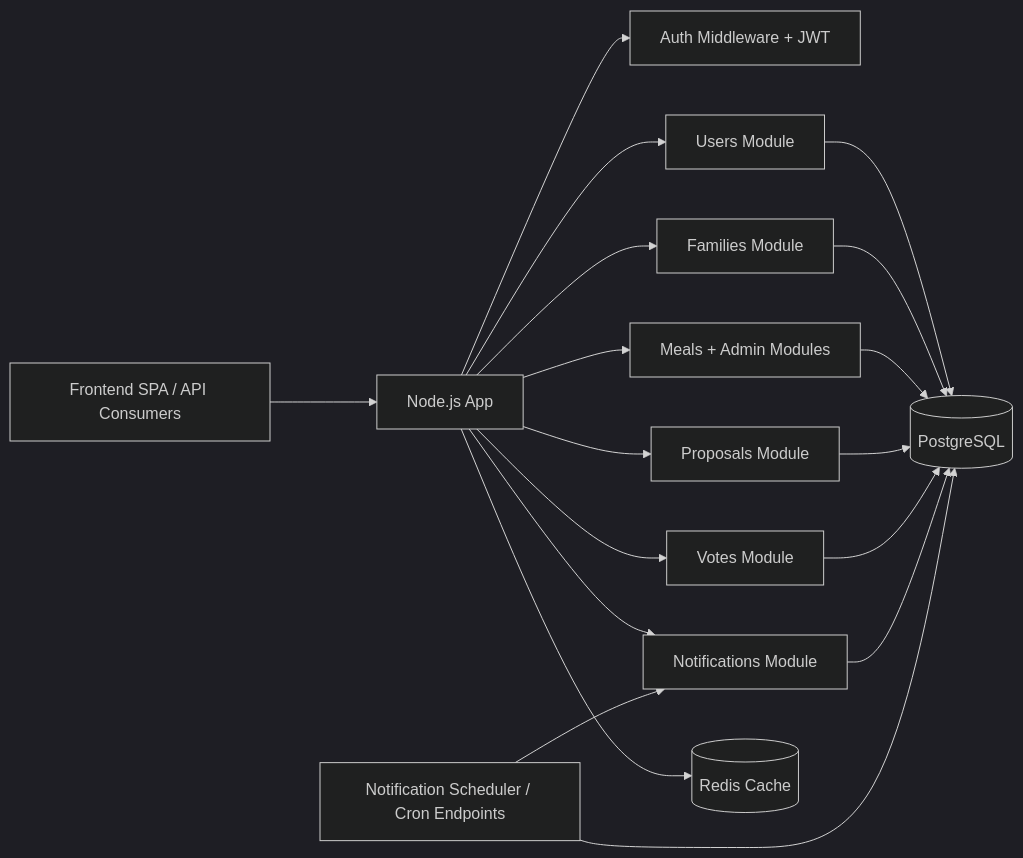
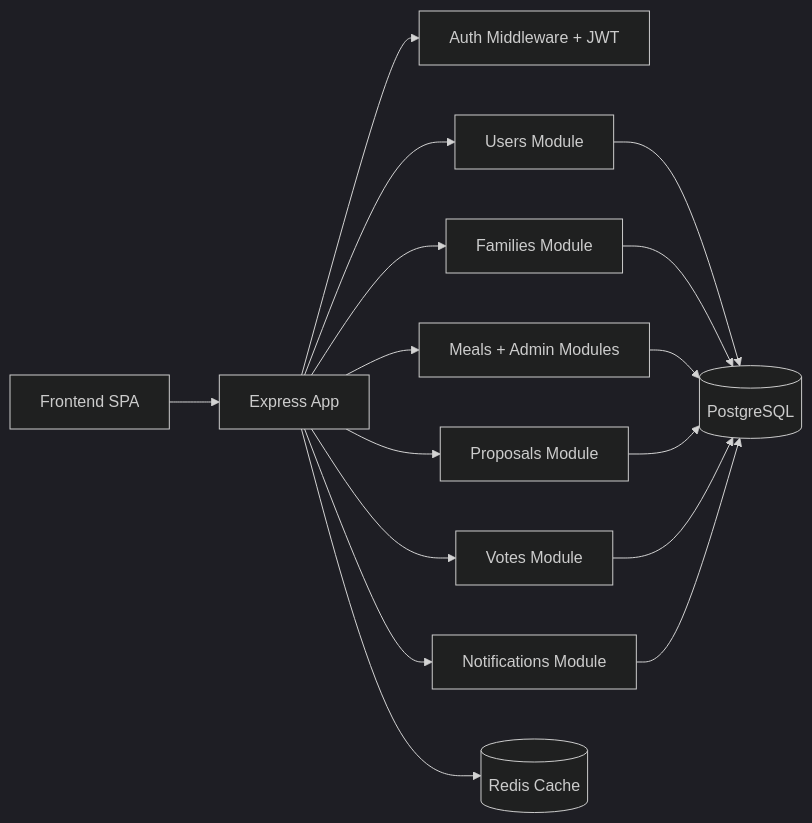
The fourth of 6 diagrams in README.md (nldq092203/FamMeal), drawn with Mermaid (dark theme) before and after one commit. The commit also changed other lines of this file and 16 other files, not shown here.

````diff
--- a/README.md
+++ b/README.md
@@ -212,22 +274,20 @@
 ```mermaid
 flowchart LR
-    Client[Frontend SPA / API Consumers] --> API[Node.js App]
+    Client[Frontend SPA] --> API[Express App]
     API --> Auth[Auth Middleware + JWT]
     API --> Users[Users Module]
     API --> Families[Families Module]
     API --> Meals[Meals + Admin Modules]
     API --> Proposals[Proposals Module]
     API --> Votes[Votes Module]
     API --> Notifs[Notifications Module]
 
     Users --> DB[(PostgreSQL)]
     Families --> DB
     Meals --> DB
     Proposals --> DB
     Votes --> DB
     Notifs --> DB
 
     API --> Cache[(Redis Cache)]
-    Scheduler[Notification Scheduler / Cron Endpoints] --> Notifs
-    Scheduler --> DB
 ```
````
